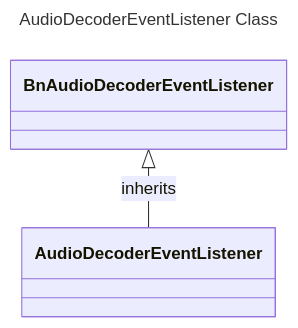
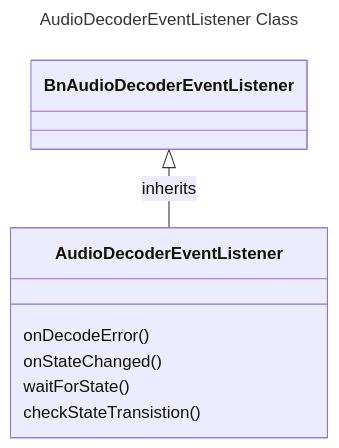
The eighth of 10 diagrams in docs/pages/audioDecoder_L3_Low-Level_TestSpecification.md (davidkoo-brcm/rdk-halif-aidl-test-audiodecoder), drawn with Mermaid before and after one commit. The commit also changed other lines of this file and 1 other file, not shown here.

````diff
--- a/docs/pages/audioDecoder_L3_Low-Level_TestSpecification.md
+++ b/docs/pages/audioDecoder_L3_Low-Level_TestSpecification.md
@@ -343,9 +359,13 @@
 ```mermaid
 ---
 title: AudioDecoderEventListener Class
 ---
 classDiagram
     BnAudioDecoderEventListener <|-- AudioDecoderEventListener : inherits
     class AudioDecoderEventListener{
+        onDecodeError()
+        onStateChanged()
+        waitForState()
+        checkStateTransistion()
     }
 ```
````
